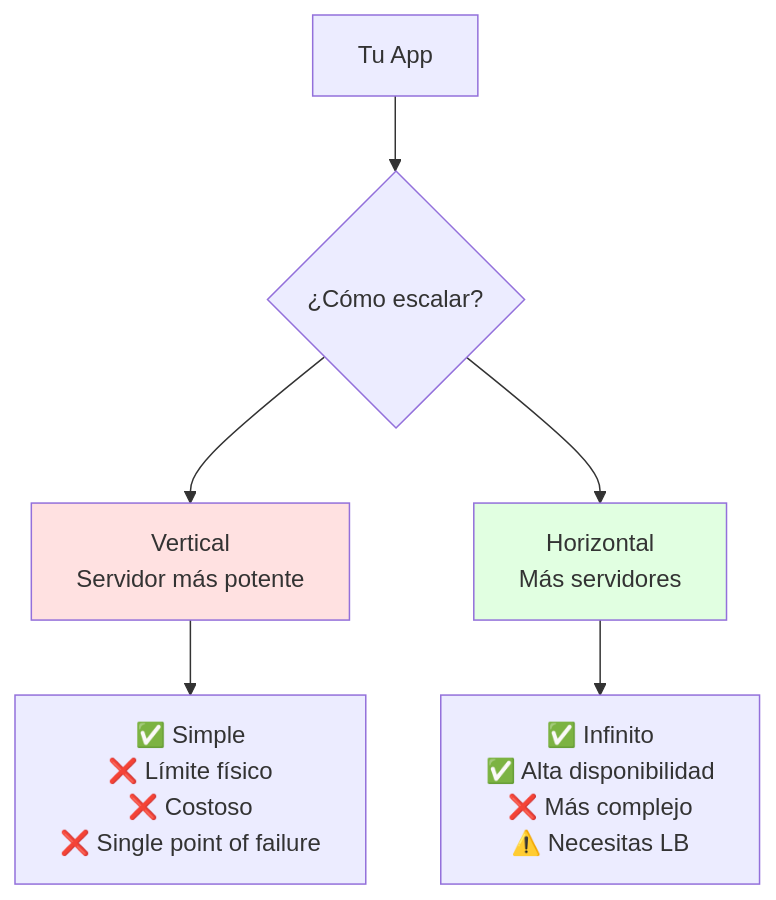
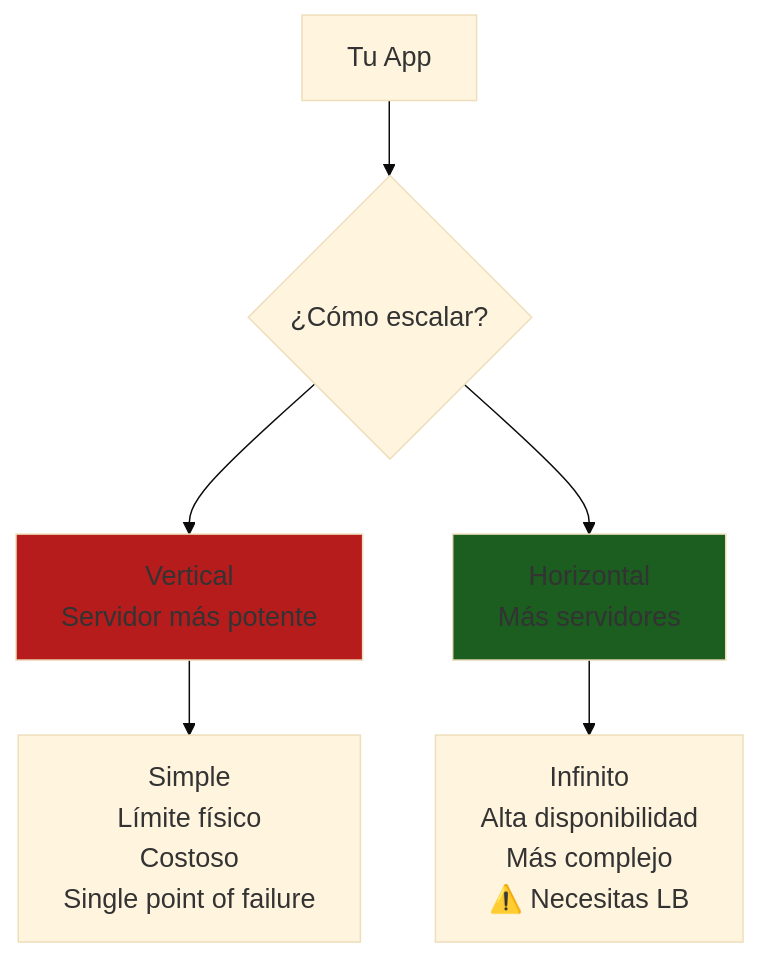
Before and after one commit to Ai-Whisperers/Courses-Content: the second of 20 diagrams in courses/🟡-development/FPUNA-2026/01-DESARROLLO-SOFTWARE/05-diseno-sistemas.md, drawn with Mermaid. The commit also changed other lines of this file and 47 other files, not shown here.

First line of the commit message:
fix: Make all 473 diagrams WCAG AAA accessible (FPUNA-2026)

````diff
--- a/courses/🟡-development/FPUNA-2026/01-DESARROLLO-SOFTWARE/05-diseno-sistemas.md
+++ b/courses/🟡-development/FPUNA-2026/01-DESARROLLO-SOFTWARE/05-diseno-sistemas.md
@@ -59,13 +60,14 @@
 ```mermaid
+%%{init: {'theme':'base', 'themeVariables': {'fontSize':'18px'}}}%%
 graph TD
     Start[Tu App] --> Q{¿Cómo escalar?}
     
     Q --> A[Vertical<br/>Servidor más potente]
     Q --> B[Horizontal<br/>Más servidores]
     
-    A --> A1[✅ Simple<br/>❌ Límite físico<br/>❌ Costoso<br/>❌ Single point of failure]
-    B --> B1[✅ Infinito<br/>✅ Alta disponibilidad<br/>❌ Más complejo<br/>⚠️ Necesitas LB]
+    A --> A1[Simple<br/>Límite físico<br/>Costoso<br/>Single point of failure]
+    B --> B1[Infinito<br/>Alta disponibilidad<br/>Más complejo<br/>⚠️ Necesitas LB]
     
-    style A fill:#FFE1E1
-    style B fill:#E1FFE1
+    style A fill:#b71c1c
+    style B fill:#1b5e20
 ```
````
